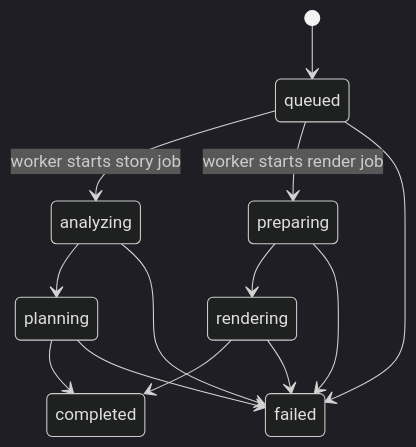
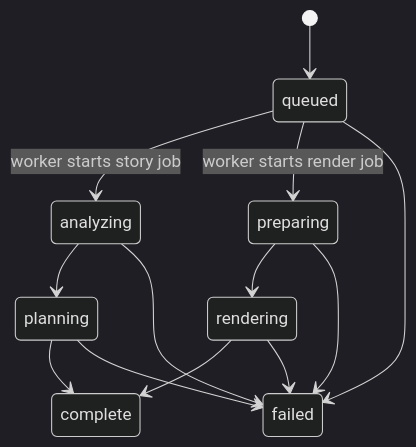
One commit to namprice227/trendsync changed the third of 4 diagrams in developer.md. Above: the diagram before and after it, drawn with Mermaid (dark theme). The commit also changed other lines of this file and 21 other files, not shown here.

````diff
--- a/developer.md
+++ b/developer.md
@@ -103,15 +107,15 @@
 ```mermaid
 stateDiagram-v2
     [*] --> queued
     queued --> analyzing: worker starts story job
     queued --> preparing: worker starts render job
     analyzing --> planning
-    planning --> completed
+    planning --> complete
     preparing --> rendering
-    rendering --> completed
+    rendering --> complete
     queued --> failed
     analyzing --> failed
     planning --> failed
     preparing --> failed
     rendering --> failed
 ```
````
